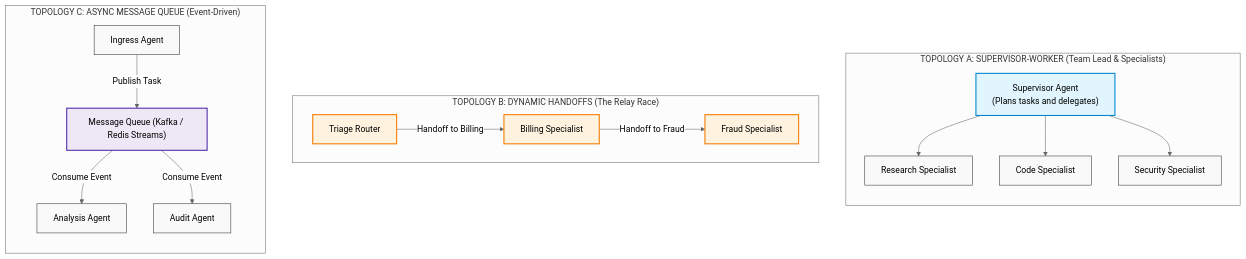
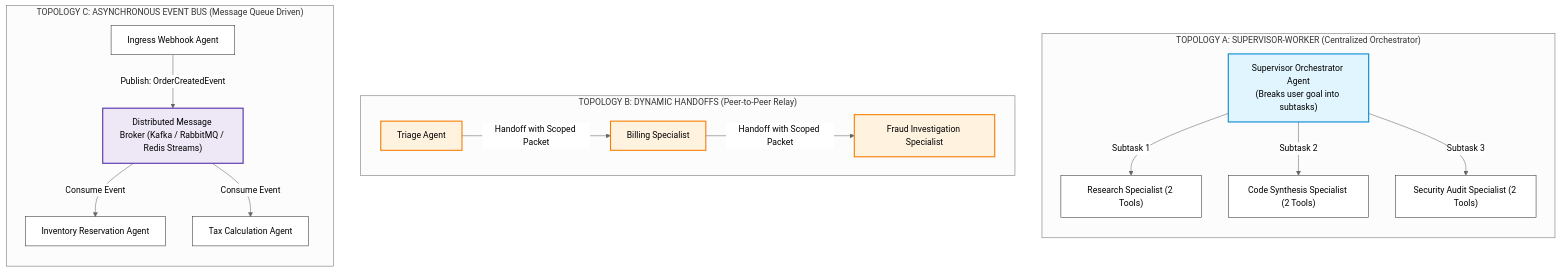
Before and after one commit to dip4k/senior-engineer-to-ai-engineer-roadmap: the second of 5 diagrams in 04-agentic-systems-and-orchestration/05-multi-agent-coordination-and-a2a-protocols.md, drawn with Mermaid (neutral theme). The commit also changed other lines of this file and 7 other files, not shown here.

````diff
--- a/04-agentic-systems-and-orchestration/05-multi-agent-coordination-and-a2a-protocols.md
+++ b/04-agentic-systems-and-orchestration/05-multi-agent-coordination-and-a2a-protocols.md
@@ -31,29 +66,30 @@
 ```mermaid
 flowchart TD
-    classDef top fill:#f9f9f9,stroke:#333,stroke-width:1px;
     classDef sup fill:#e1f5fe,stroke:#0288d1,stroke-width:2px;
     classDef peer fill:#fff3e0,stroke:#f57c00,stroke-width:2px;
     classDef bus fill:#ede7f6,stroke:#512da8,stroke-width:2px;
+    classDef box fill:#ffffff,stroke:#333,stroke-width:1px;
 
-    subgraph TopologyA["TOPOLOGY A: SUPERVISOR-WORKER (Team Lead & Specialists)"]
+    subgraph TopologyA["TOPOLOGY A: SUPERVISOR-WORKER (Centralized Orchestrator)"]
         direction TB
-        Sup["Supervisor Agent\n(Plans tasks and delegates)"]:::sup
-        Sup --> W1["Research Specialist"]:::top
-        Sup --> W2["Code Specialist"]:::top
-        Sup --> W3["Security Specialist"]:::top
+        Sup["Supervisor Orchestrator Agent\n(Breaks user goal into subtasks)"]:::sup
+        Sup -->|"Subtask 1"| W1["Research Specialist (2 Tools)"]:::box
+        Sup -->|"Subtask 2"| W2["Code Synthesis Specialist (2 Tools)"]:::box
+        Sup -->|"Subtask 3"| W3["Security Audit Specialist (2 Tools)"]:::box
     end
 
-    subgraph TopologyB["TOPOLOGY B: DYNAMIC HANDOFFS (The Relay Race)"]
+    subgraph TopologyB["TOPOLOGY B: DYNAMIC HANDOFFS (Peer-to-Peer Relay)"]
         direction LR
-        Triage["Triage Router"]:::peer -->|"Handoff to Billing"| Billing["Billing Specialist"]:::peer
-        Billing -->|"Handoff to Fraud"| Fraud["Fraud Specialist"]:::peer
+        Triage["Triage Agent"]:::peer
+        -->|"Handoff with Scoped Packet"| Billing["Billing Specialist"]:::peer
+        -->|"Handoff with Scoped Packet"| Fraud["Fraud Investigation Specialist"]:::peer
     end
 
-    subgraph TopologyC["TOPOLOGY C: ASYNC MESSAGE QUEUE (Event-Driven)"]
+    subgraph TopologyC["TOPOLOGY C: ASYNCHRONOUS EVENT BUS (Message Queue Driven)"]
         direction TB
-        Broker["Message Queue (Kafka / Redis Streams)"]:::bus
-        A_Pub["Ingress Agent"]:::top -->|Publish Task| Broker
-        Broker -->|Consume Event| B_Sub["Analysis Agent"]:::top
-        Broker -->|Consume Event| C_Sub["Audit Agent"]:::top
+        Broker["Distributed Message Broker (Kafka / RabbitMQ / Redis Streams)"]:::bus
+        A_Pub["Ingress Webhook Agent"]:::box -->|"Publish: OrderCreatedEvent"| Broker
+        Broker -->|"Consume Event"| B_Sub["Inventory Reservation Agent"]:::box
+        Broker -->|"Consume Event"| C_Sub["Tax Calculation Agent"]:::box
     end
 ```
````
